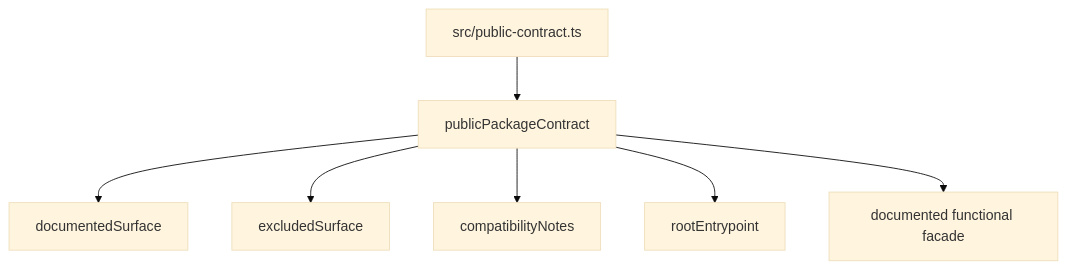
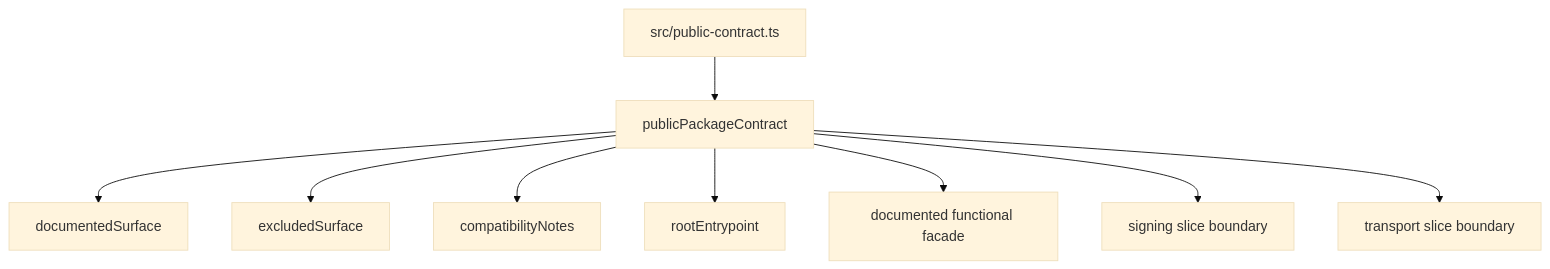
The diagram in src/public-contract.doc.md (linkiez/nfe_sdk), drawn with Mermaid (base theme) before and after one commit. The commit also changed other lines of this file and 143 other files, not shown here.

````diff
--- a/src/public-contract.doc.md
+++ b/src/public-contract.doc.md
@@ -20,9 +22,11 @@
 ```mermaid
 flowchart TD
   A[src/public-contract.ts] --> B[publicPackageContract]
   B --> C[documentedSurface]
   B --> D[excludedSurface]
   B --> E[compatibilityNotes]
   B --> F[rootEntrypoint]
   B --> G[documented functional facade]
+  B --> H[signing slice boundary]
+  B --> I[transport slice boundary]
 ```
````
